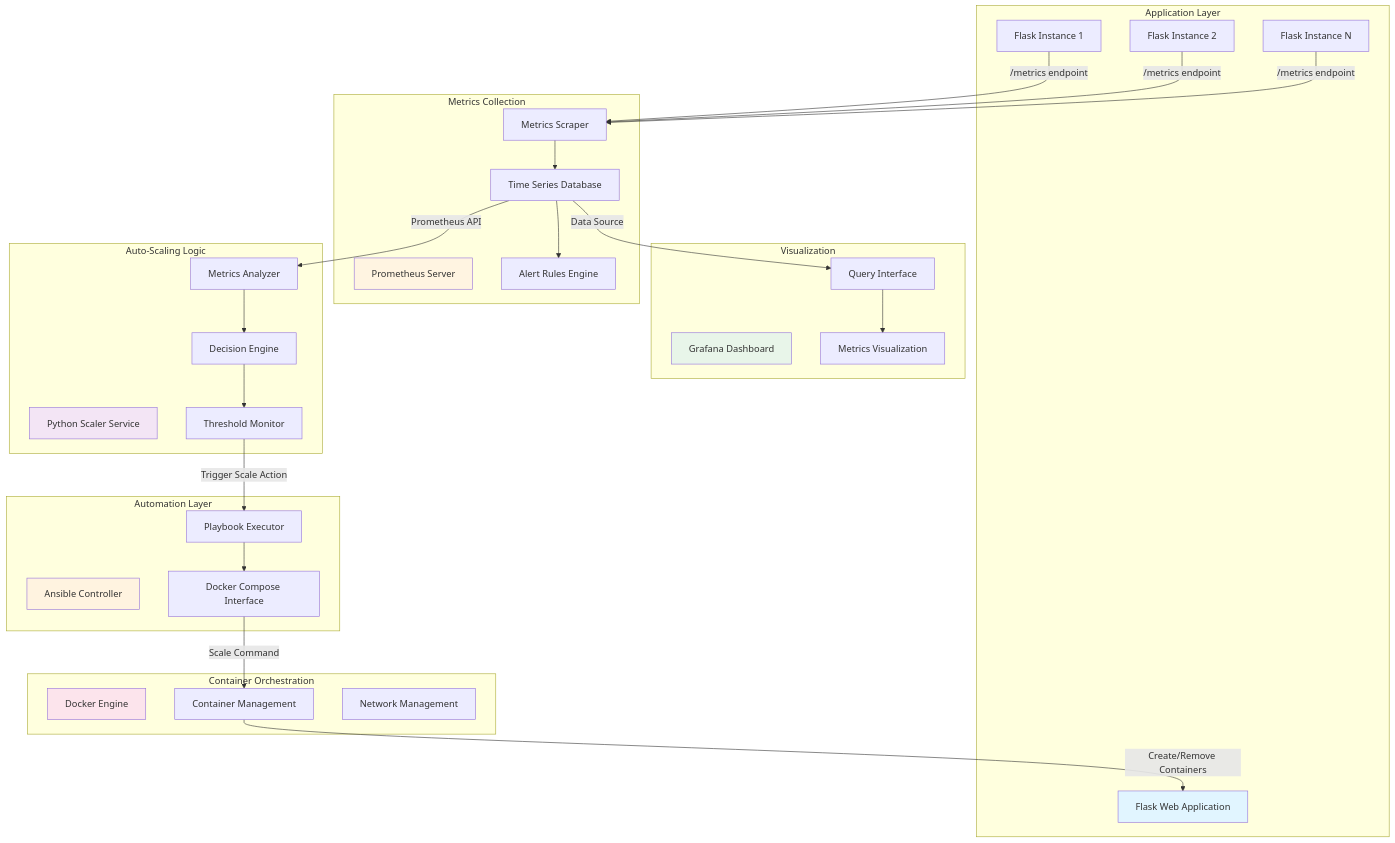
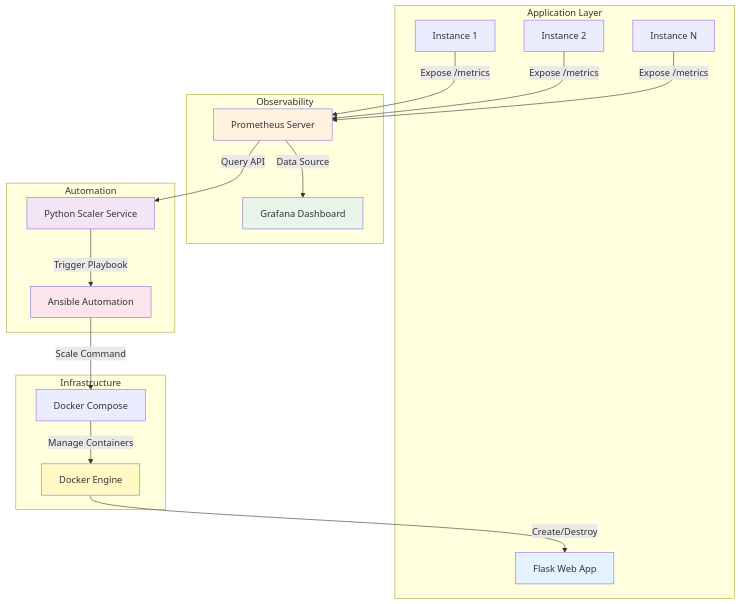
One commit to pravindev666/Prometheus-Driven-Auto-Scaling-Simulator changed the first of 3 diagrams in README.md. Above: the diagram before and after it, drawn with Mermaid. The commit also changed other lines of this file, not shown here.

````diff
--- a/README.md
+++ b/README.md
@@ -20,63 +56,41 @@
 ```mermaid
 graph TB
     subgraph "Application Layer"
-        A[Flask Web Application]
-        A1[Flask Instance 1]
-        A2[Flask Instance 2]
-        A3[Flask Instance N]
+        A[Flask Web App]
+        A1[Instance 1]
+        A2[Instance 2]
+        A3[Instance N]
     end
     
-    subgraph "Metrics Collection"
+    subgraph "Observability"
         B[Prometheus Server]
-        B1[Metrics Scraper]
-        B2[Time Series Database]
-        B3[Alert Rules Engine]
+        C[Grafana Dashboard]
     end
     
-    subgraph "Visualization"
-        C[Grafana Dashboard]
-        C1[Metrics Visualization]
-        C2[Query Interface]
+    subgraph "Automation"
+        D[Python Scaler Service]
+        E[Ansible Automation]
     end
     
-    subgraph "Auto-Scaling Logic"
-        D[Python Scaler Service]
-        D1[Metrics Analyzer]
-        D2[Decision Engine]
-        D3[Threshold Monitor]
+    subgraph "Infrastructure"
+        F[Docker Engine]
+        G[Docker Compose]
     end
     
-    subgraph "Automation Layer"
-        E[Ansible Controller]
-        E1[Playbook Executor]
-        E2[Docker Compose Interface]
-    end
+    A1 -->|Expose /metrics| B
+    A2 -->|Expose /metrics| B
+    A3 -->|Expose /metrics| B
+    B -->|Query API| D
+    B -->|Data Source| C
+    D -->|Trigger Playbook| E
+    E -->|Scale Command| G
+    G -->|Manage Containers| F
+    F -->|Create/Destroy| A
     
-    subgraph "Container Orchestration"
-        F[Docker Engine]
-        F1[Container Management]
-        F2[Network Management]
-    end
-    
-    A1 -->|/metrics endpoint| B1
-    A2 -->|/metrics endpoint| B1
-    A3 -->|/metrics endpoint| B1
-    B1 --> B2
-    B2 --> B3
-    B2 -->|Prometheus API| D1
-    B2 -->|Data Source| C2
-    C2 --> C1
-    D1 --> D2
-    D2 --> D3
-    D3 -->|Trigger Scale Action| E1
-    E1 --> E2
-    E2 -->|Scale Command| F1
-    F1 -->|Create/Remove Containers| A
-    
-    style A fill:#e1f5ff
-    style B fill:#fff4e1
+    style A fill:#e3f2fd
+    style B fill:#fff3e0
     style C fill:#e8f5e9
     style D fill:#f3e5f5
-    style E fill:#fff3e0
-    style F fill:#fce4ec
+    style E fill:#fce4ec
+    style F fill:#fff9c4
 ```
````
